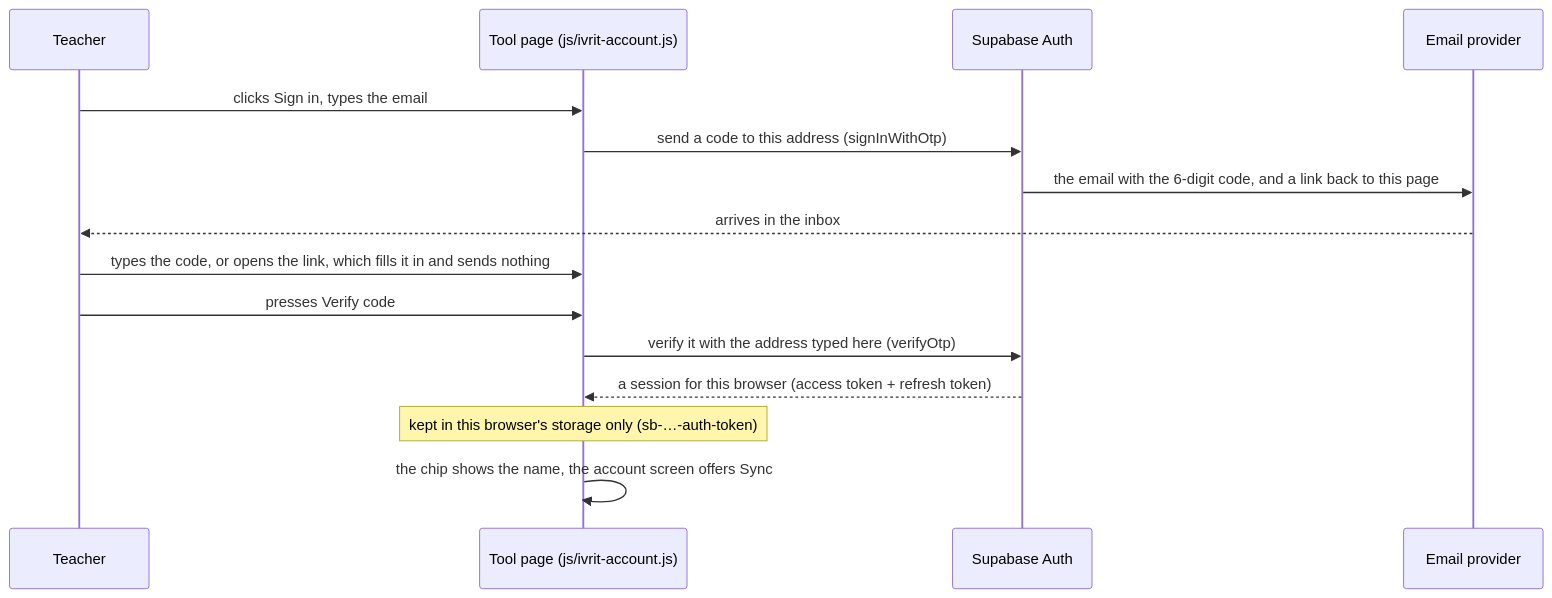
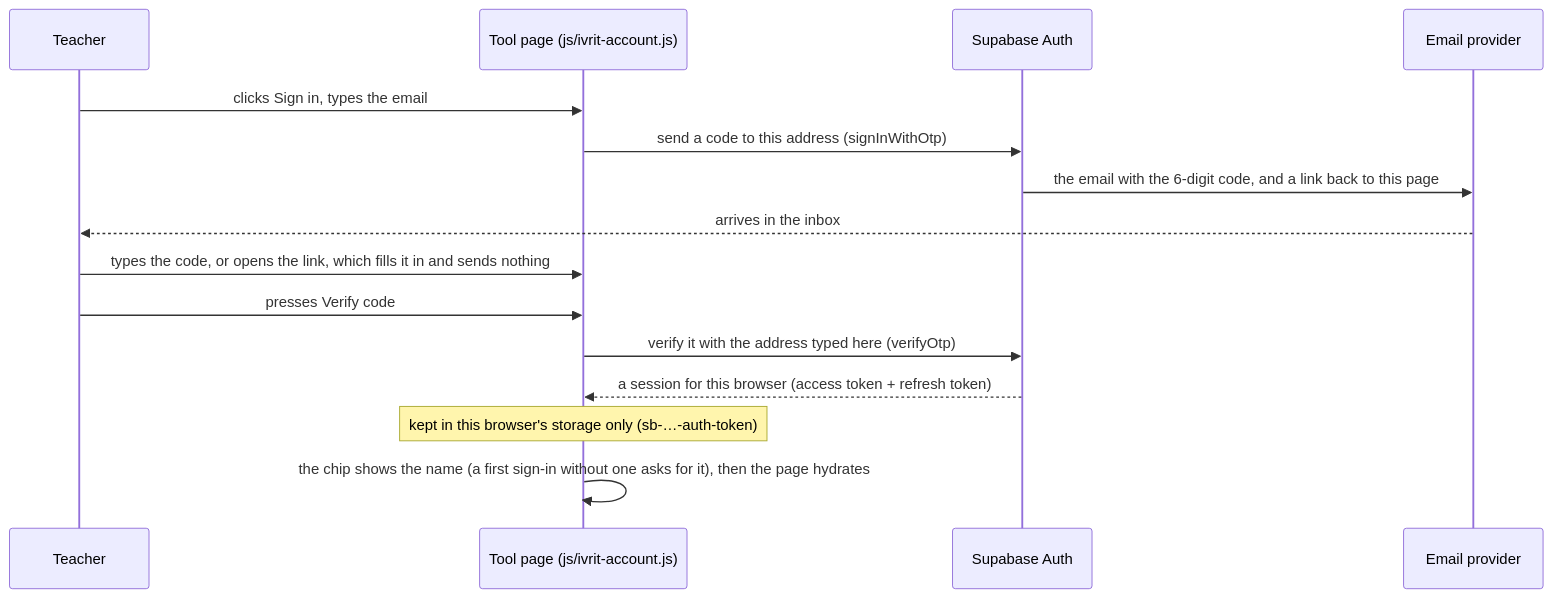
One commit to Hbleiberg/Hebrew_Blender changed the second of 4 diagrams in docs/backend-architecture.md. Above: the diagram before and after it, drawn with Mermaid. The commit also changed other lines of this file and 13 other files, not shown here.

First line of the commit message:
Docs: the account layer as it works now (hydrate, write-through, the name step and the card, sign-out)

````diff
--- a/docs/backend-architecture.md
+++ b/docs/backend-architecture.md
@@ -87,17 +88,17 @@
 ```mermaid
 sequenceDiagram
   participant T as Teacher
   participant P as Tool page (js/ivrit-account.js)
   participant A as Supabase Auth
   participant M as Email provider
   T->>P: clicks Sign in, types the email
   P->>A: send a code to this address (signInWithOtp)
   A->>M: the email with the 6-digit code, and a link back to this page
   M-->>T: arrives in the inbox
   T->>P: types the code, or opens the link, which fills it in and sends nothing
   T->>P: presses Verify code
   P->>A: verify it with the address typed here (verifyOtp)
   A-->>P: a session for this browser (access token + refresh token)
   Note over P: kept in this browser's storage only (sb-…-auth-token)
-  P->>P: the chip shows the name, the account screen offers Sync
+  P->>P: the chip shows the name (a first sign-in without one asks for it), then the page hydrates
 ```
````
